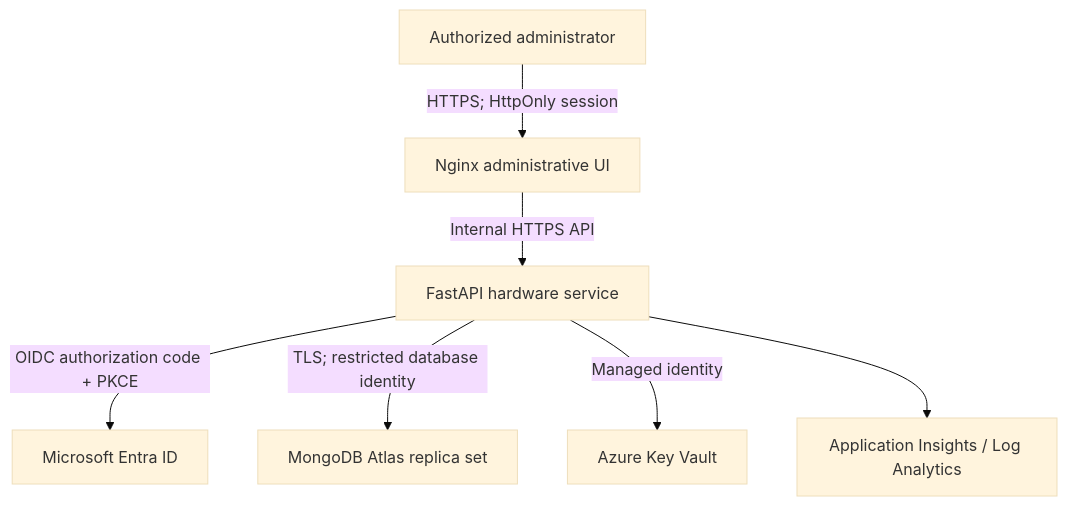
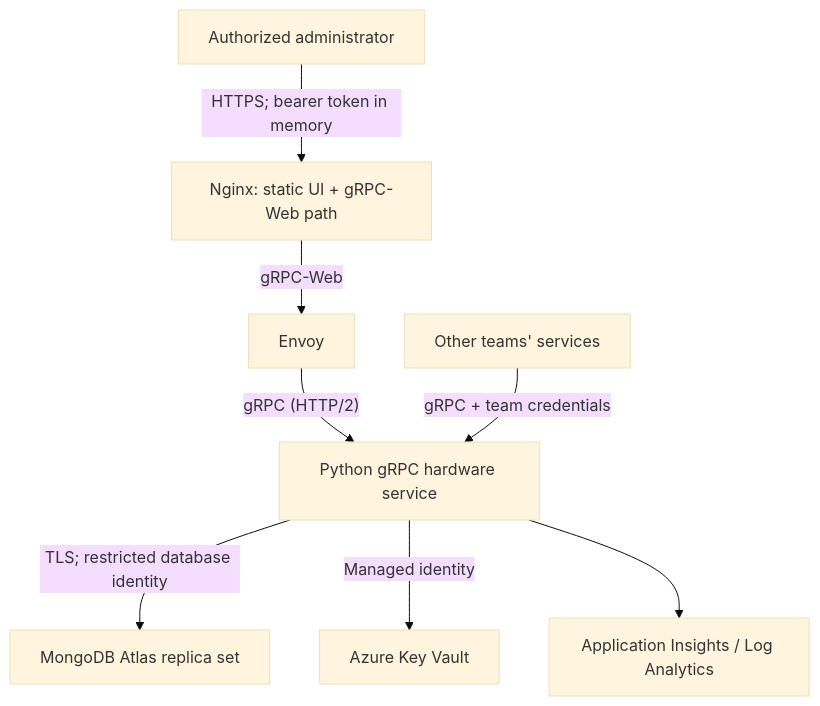
Before and after one commit to ChinmayAnandS/HardwareMgmtMicroservice: the diagram in README.md, drawn with Mermaid (base theme). The commit also changed other lines of this file and 47 other files, not shown here.

Commit message:
feat: migrate api from REST to gRPC

````diff
--- a/README.md
+++ b/README.md
@@ -7,9 +7,10 @@
 ```mermaid
 flowchart TD
-  Admin["Authorized administrator"] -->|"HTTPS; HttpOnly session"| UI["Nginx administrative UI"]
-  UI -->|"Internal HTTPS API"| API["FastAPI hardware service"]
-  API -->|"OIDC authorization code + PKCE"| ID["Microsoft Entra ID"]
+  Admin["Authorized administrator"] -->|"HTTPS; bearer token in memory"| UI["Nginx: static UI + gRPC-Web path"]
+  UI -->|"gRPC-Web"| ENV["Envoy"]
+  ENV -->|"gRPC (HTTP/2)"| API["Python gRPC hardware service"]
+  Teams["Other teams' services"] -->|"gRPC + team credentials"| API
   API -->|"TLS; restricted database identity"| DB["MongoDB Atlas replica set"]
   API -->|"Managed identity"| KV["Azure Key Vault"]
   API --> OBS["Application Insights / Log Analytics"]
 ```
````
